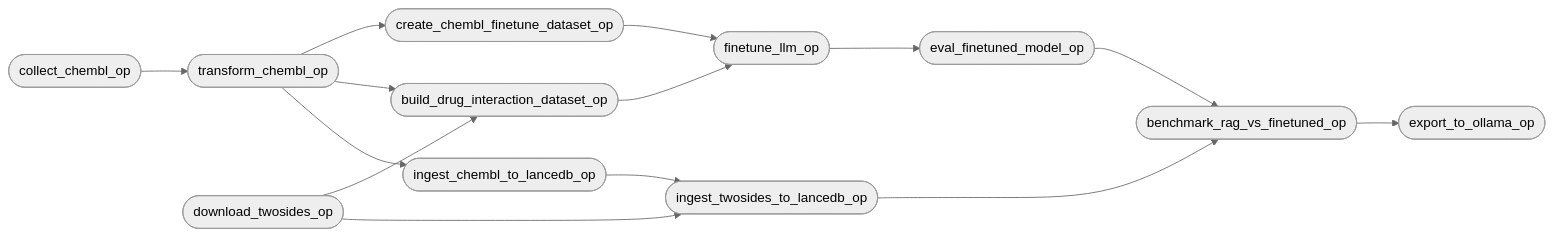
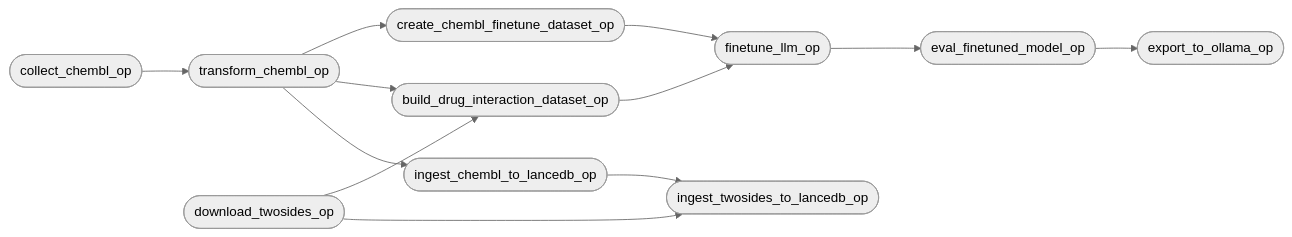
Before and after one commit to AymanSulaiman/chem_mlops: the first of 4 diagrams in app/orchestration/README.md, drawn with Mermaid (neutral theme). The commit also changed other lines of this file and 30 other files, not shown here.

````diff
--- a/app/orchestration/README.md
+++ b/app/orchestration/README.md
@@ -21,20 +21,18 @@
 ```mermaid
 flowchart LR
     A([collect_chembl_op]) --> B([transform_chembl_op])
     S3([download_twosides_op]) --> DDI
 
     B --> C([create_chembl_finetune_dataset_op])
     B --> DDI([build_drug_interaction_dataset_op])
     B --> E([ingest_chembl_to_lancedb_op])
 
     E --> TW([ingest_twosides_to_lancedb_op])
     S3 --> TW
 
     C --> F([finetune_llm_op])
     DDI --> F
 
     F --> G([eval_finetuned_model_op])
-    G --> BM([benchmark_rag_vs_finetuned_op])
-    TW --> BM
-    BM --> H([export_to_ollama_op])
+    G --> H([export_to_ollama_op])
 ```
````
